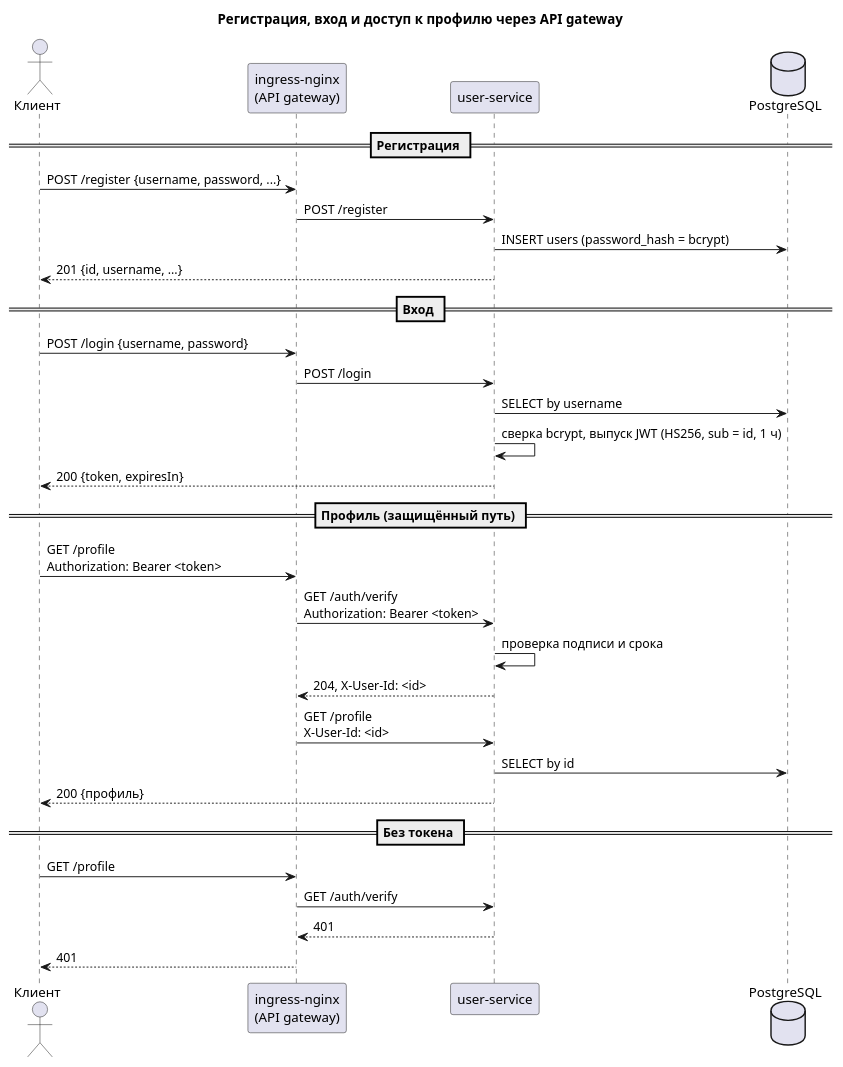
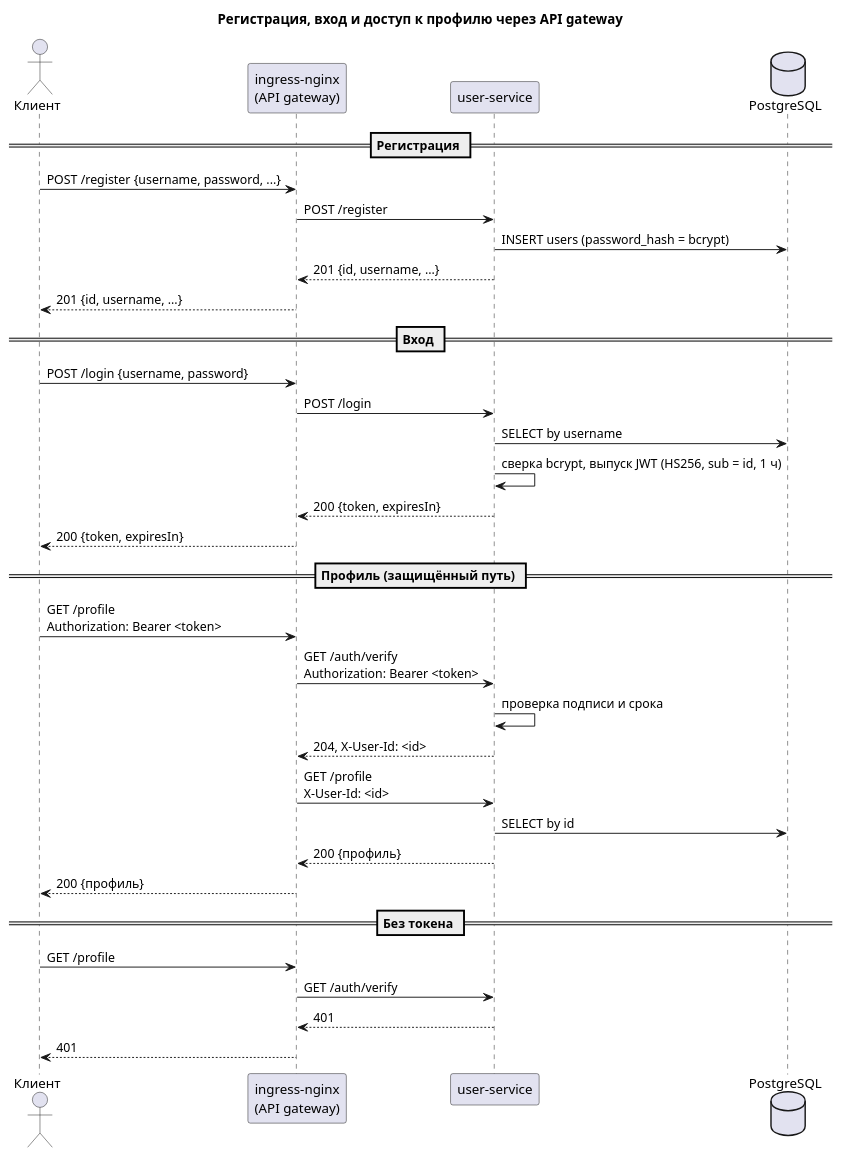
Before and after one commit to BoldyrevMichael/microservice-architecture-my-homework: the diagram in hw6-api-gateway-auth/docs/auth-flow.puml, drawn with PlantUML. The commit also changed 1 other file, not shown here.

Commit message:
hw6: ответы на схеме проходят через шлюз.

```diff
--- a/hw6-api-gateway-auth/docs/auth-flow.puml
+++ b/hw6-api-gateway-auth/docs/auth-flow.puml
@@ -1,36 +1,39 @@
 @startuml
 title Регистрация, вход и доступ к профилю через API gateway
 
 actor Клиент as client
 participant "ingress-nginx\n(API gateway)" as gw
 participant "user-service" as svc
 database "PostgreSQL" as db
 
 == Регистрация ==
 client -> gw: POST /register {username, password, ...}
 gw -> svc: POST /register
 svc -> db: INSERT users (password_hash = bcrypt)
-svc --> client: 201 {id, username, ...}
+svc --> gw: 201 {id, username, ...}
+gw --> client: 201 {id, username, ...}
 
 == Вход ==
 client -> gw: POST /login {username, password}
 gw -> svc: POST /login
 svc -> db: SELECT by username
 svc -> svc: сверка bcrypt, выпуск JWT (HS256, sub = id, 1 ч)
-svc --> client: 200 {token, expiresIn}
+svc --> gw: 200 {token, expiresIn}
+gw --> client: 200 {token, expiresIn}
 
 == Профиль (защищённый путь) ==
 client -> gw: GET /profile\nAuthorization: Bearer <token>
 gw -> svc: GET /auth/verify\nAuthorization: Bearer <token>
 svc -> svc: проверка подписи и срока
 svc --> gw: 204, X-User-Id: <id>
 gw -> svc: GET /profile\nX-User-Id: <id>
 svc -> db: SELECT by id
-svc --> client: 200 {профиль}
+svc --> gw: 200 {профиль}
+gw --> client: 200 {профиль}
 
 == Без токена ==
 client -> gw: GET /profile
 gw -> svc: GET /auth/verify
 svc --> gw: 401
 gw --> client: 401
 @enduml
```
